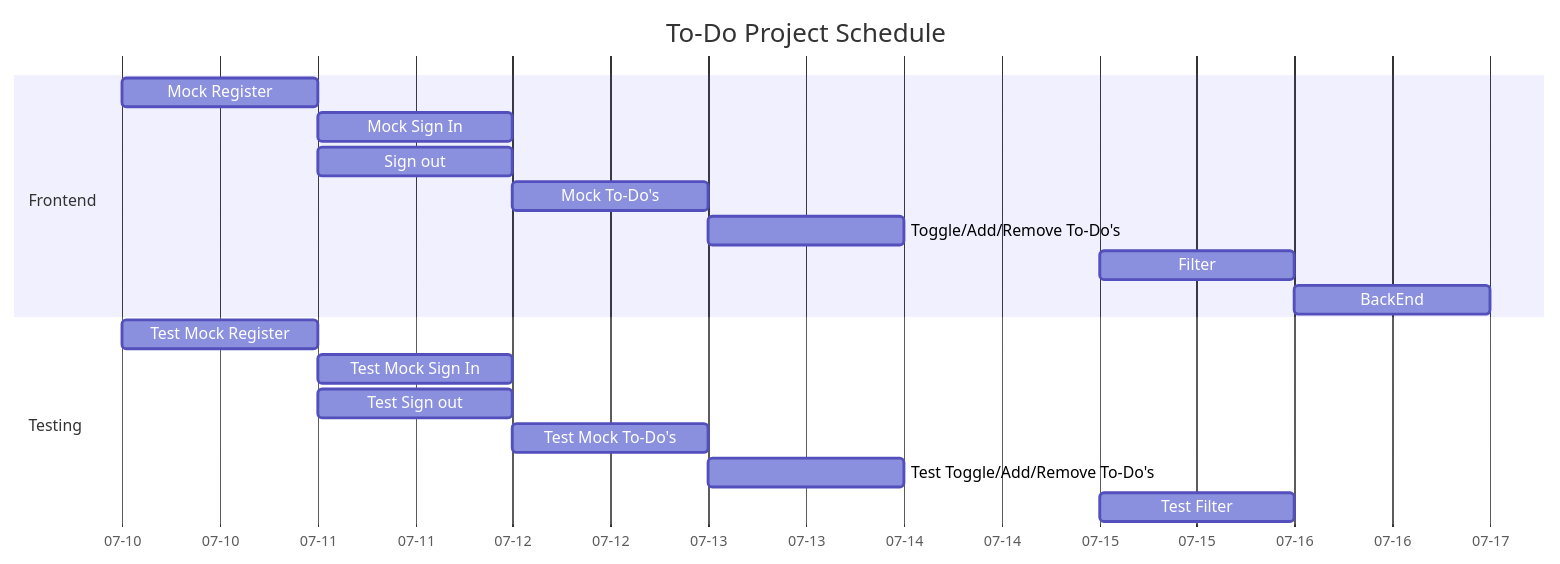
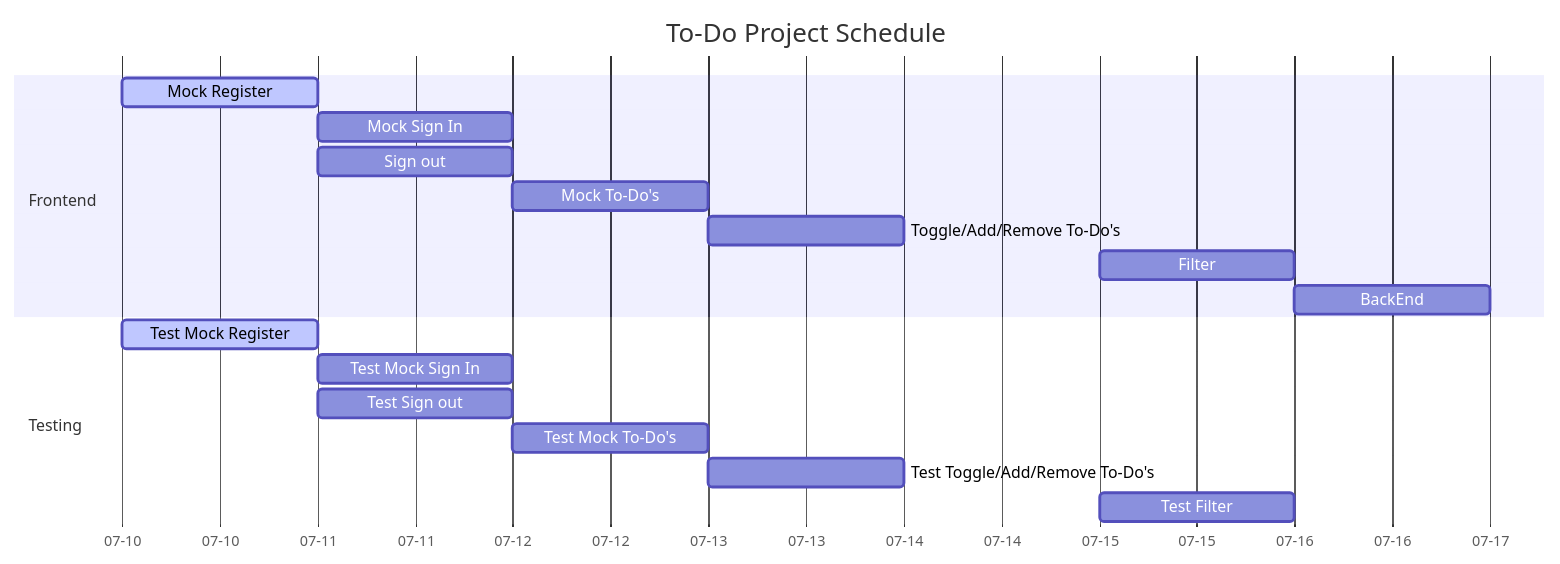
The diagram in README.md (RafaelM011/ToDo-FrontEnd), drawn with Mermaid before and after one commit. The commit also changed 2 other files, not shown here.

Commit message:
creating register button for register modal

````diff
--- a/README.md
+++ b/README.md
@@ -23,23 +23,23 @@
 ```mermaid
     gantt 
         title To-Do Project Schedule
         dateFormat MM-DD
         axisFormat %m-%d
         
         section Frontend
-            Mock Register                   :07-10, 1d
+            Mock Register                   :active, 07-10, 1d
             Mock Sign In                    :07-11, 1d
             Sign out                        :07-11, 1d
             Mock To-Do's                    :07-12, 1d
             Toggle/Add/Remove To-Do's       :07-13, 1d
             Filter                          :07-15, 1d
             BackEnd                         :07-16, 1d
 
         section Testing
-            Test Mock Register              :07-10, 1d
+            Test Mock Register              :active, 07-10, 1d
             Test Mock Sign In               :07-11, 1d
             Test Sign out                   :07-11, 1d
             Test Mock To-Do's               :07-12, 1d
             Test Toggle/Add/Remove To-Do's  :07-13, 1d
             Test Filter                     :07-15,1d
 ```
````
